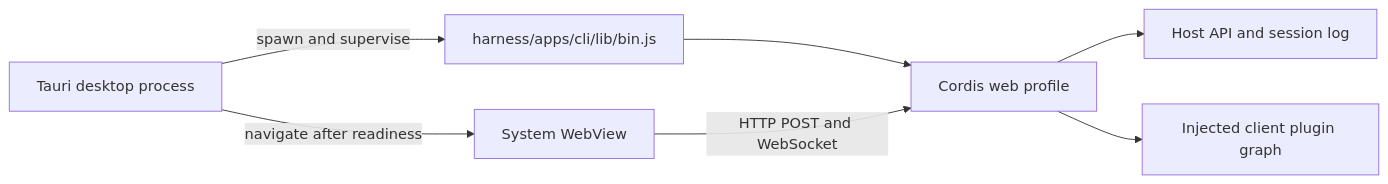
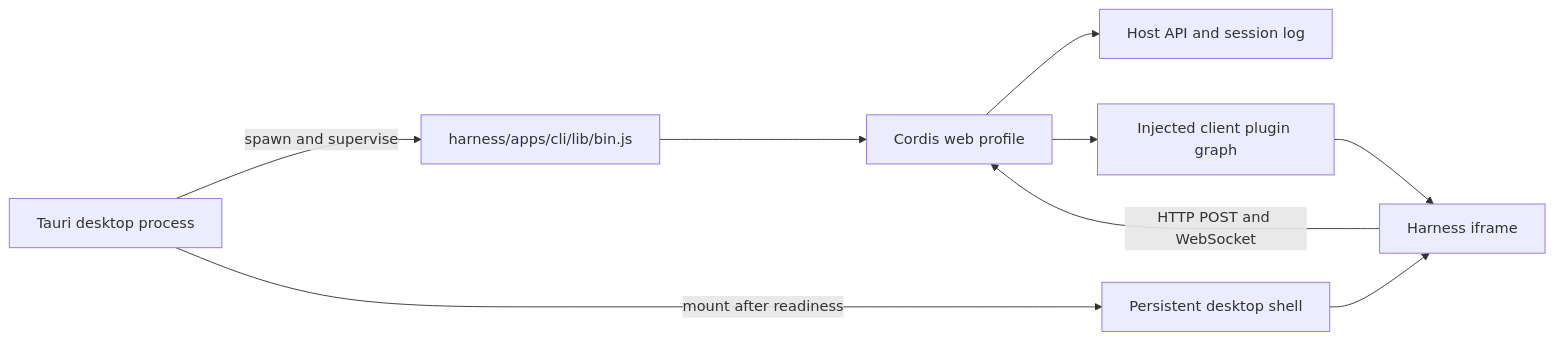
The diagram in README.md (WJZ-P/deepseek-harness-desktop), drawn with Mermaid before and after one commit. The commit also changed other lines of this file and 8 other files, not shown here.

Commit message:
feat: add themed frameless desktop shell

````diff
--- a/README.md
+++ b/README.md
@@ -23,9 +23,11 @@
 ```mermaid
 flowchart LR
   A["Tauri desktop process"] -->|"spawn and supervise"| B["harness/apps/cli/lib/bin.js"]
   B --> C["Cordis web profile"]
   C --> D["Host API and session log"]
   C --> E["Injected client plugin graph"]
-  A -->|"navigate after readiness"| F["System WebView"]
-  F -->|"HTTP POST and WebSocket"| C
+  A -->|"mount after readiness"| F["Persistent desktop shell"]
+  E --> G["Harness iframe"]
+  F --> G
+  G -->|"HTTP POST and WebSocket"| C
 ```
````
